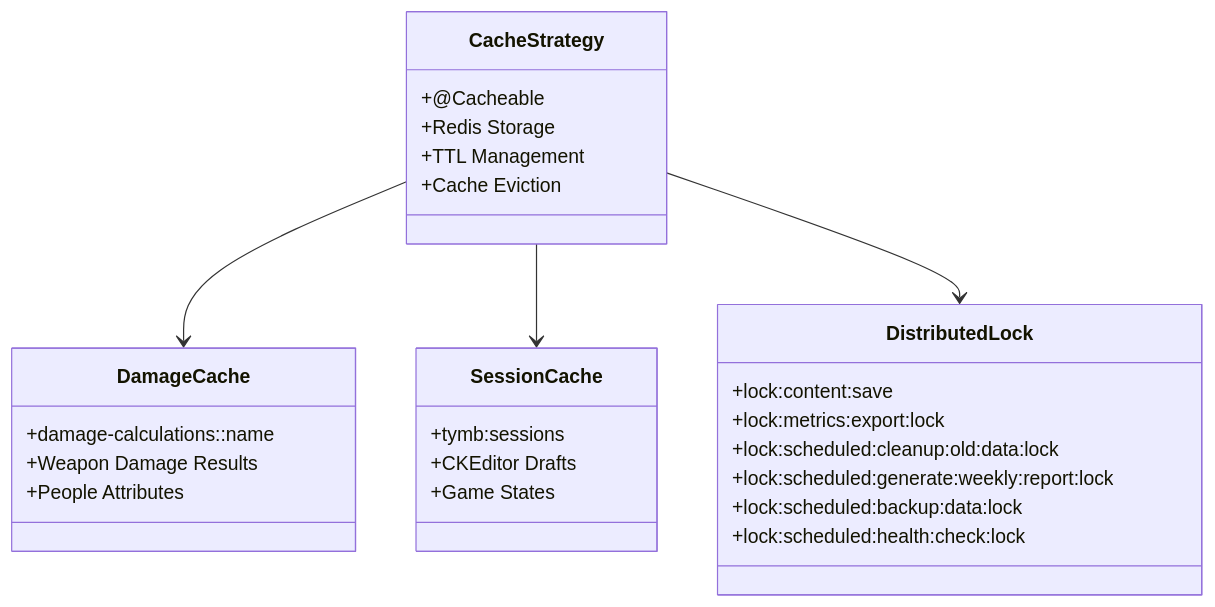
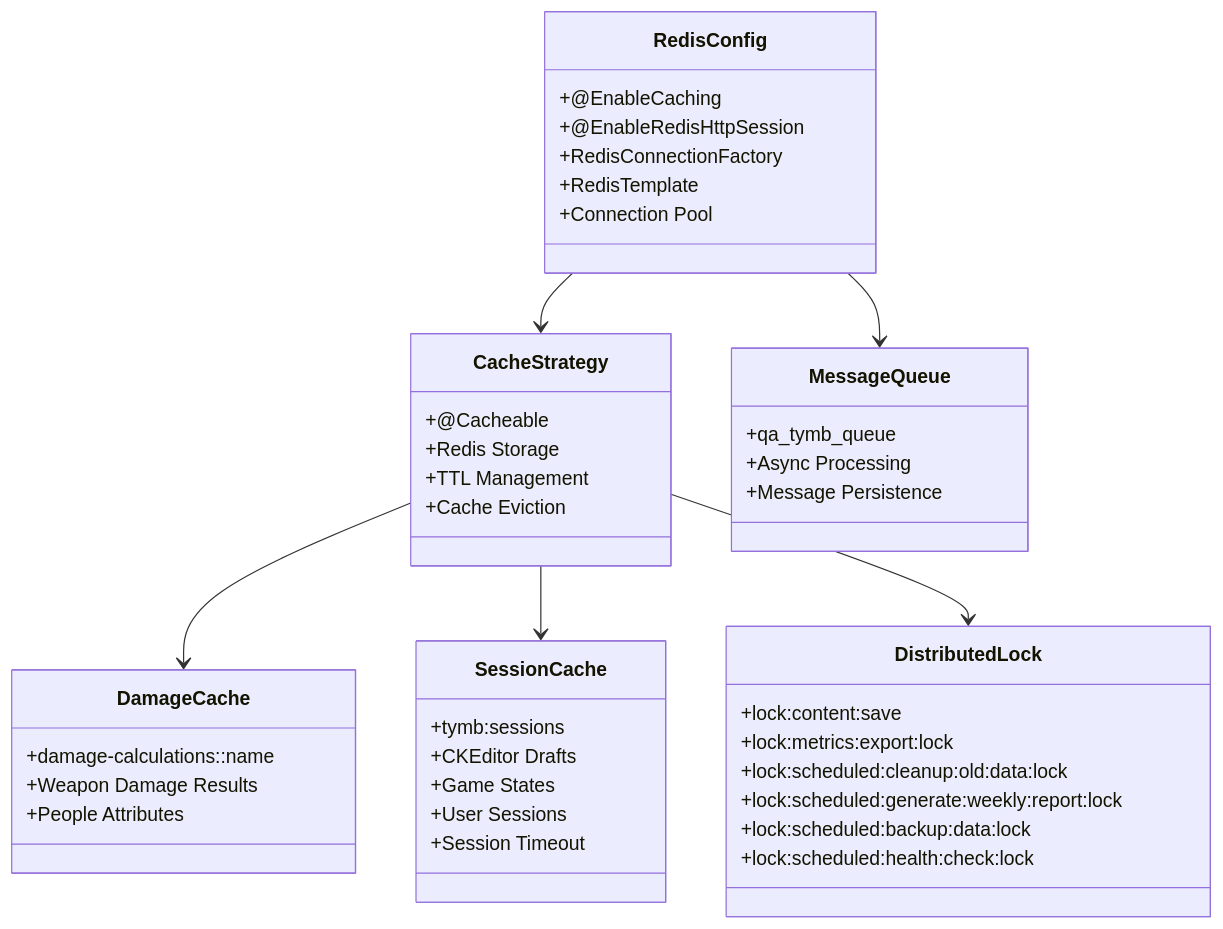
One commit to Vinskao/ty-multiverse-backend changed the fourth of 11 diagrams in README.md. Above: the diagram before and after it, drawn with Mermaid. The commit also changed other lines of this file and 7 other files, not shown here.

````diff
--- a/README.md
+++ b/README.md
@@ -202,34 +202,52 @@
 ```mermaid
 classDiagram
+    class RedisConfig {
+        +@EnableCaching
+        +@EnableRedisHttpSession
+        +RedisConnectionFactory
+        +RedisTemplate
+        +Connection Pool
+    }
+    
     class CacheStrategy {
         +@Cacheable
         +Redis Storage
         +TTL Management
         +Cache Eviction
     }
     
     class DamageCache {
         +damage-calculations::name
         +Weapon Damage Results
         +People Attributes
     }
     
     class SessionCache {
         +tymb:sessions
         +CKEditor Drafts
         +Game States
+        +User Sessions
+        +Session Timeout
     }
     
     class DistributedLock {
         +lock:content:save
         +lock:metrics:export:lock
         +lock:scheduled:cleanup:old:data:lock
         +lock:scheduled:generate:weekly:report:lock
         +lock:scheduled:backup:data:lock
         +lock:scheduled:health:check:lock
     }
     
+    class MessageQueue {
+        +qa_tymb_queue
+        +Async Processing
+        +Message Persistence
+    }
+    
+    RedisConfig --> CacheStrategy
     CacheStrategy --> DamageCache
     CacheStrategy --> SessionCache
     CacheStrategy --> DistributedLock
+    RedisConfig --> MessageQueue
 ```
````
